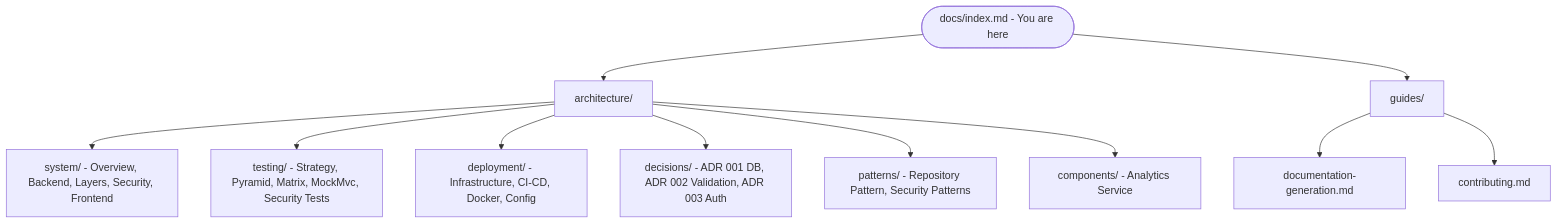
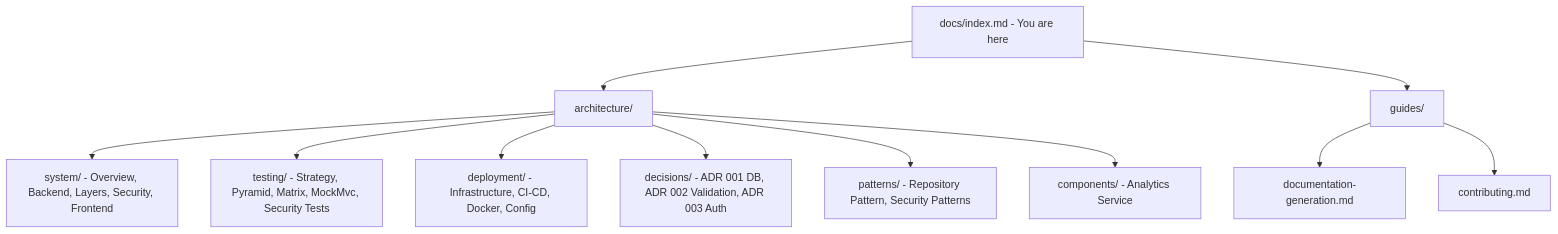
Before and after one commit to Keglev/stockease: the diagram in docs/index.md, drawn with Mermaid. The commit also changed 6 other files, not shown here.

````diff
--- a/docs/index.md
+++ b/docs/index.md
@@ -16,16 +16,16 @@
 ```mermaid
 graph TD
-    Root(["docs/index.md - You are here"])
+    Root["docs/index.md - You are here"]
 
     Root --> Arch["architecture/"]
     Arch --> System["system/ - Overview, Backend, Layers, Security, Frontend"]
     Arch --> Testing["testing/ - Strategy, Pyramid, Matrix, MockMvc, Security Tests"]
     Arch --> Deployment["deployment/ - Infrastructure, CI-CD, Docker, Config"]
     Arch --> Decisions["decisions/ - ADR 001 DB, ADR 002 Validation, ADR 003 Auth"]
     Arch --> Patterns["patterns/ - Repository Pattern, Security Patterns"]
     Arch --> Components["components/ - Analytics Service"]
 
     Root --> Guides["guides/"]
     Guides --> Gen["documentation-generation.md"]
     Guides --> Contributing["contributing.md"]
 ```
````
